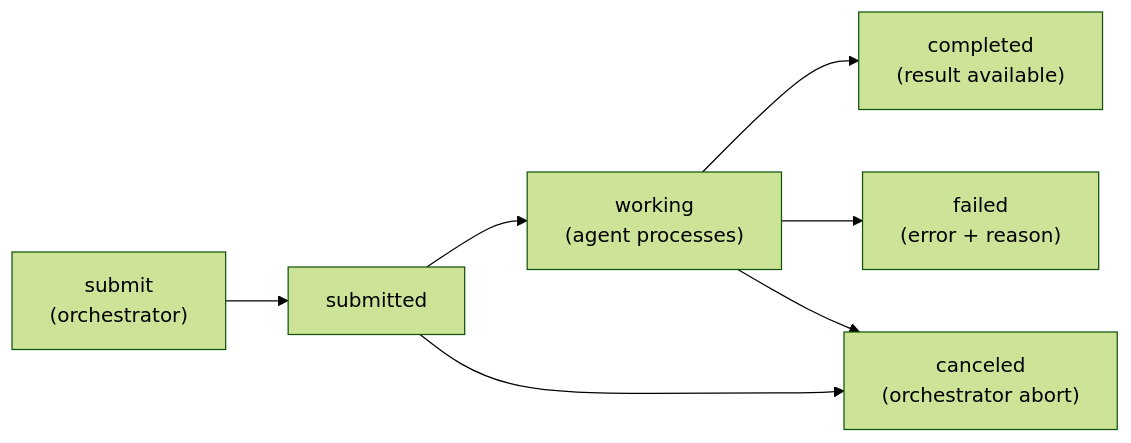
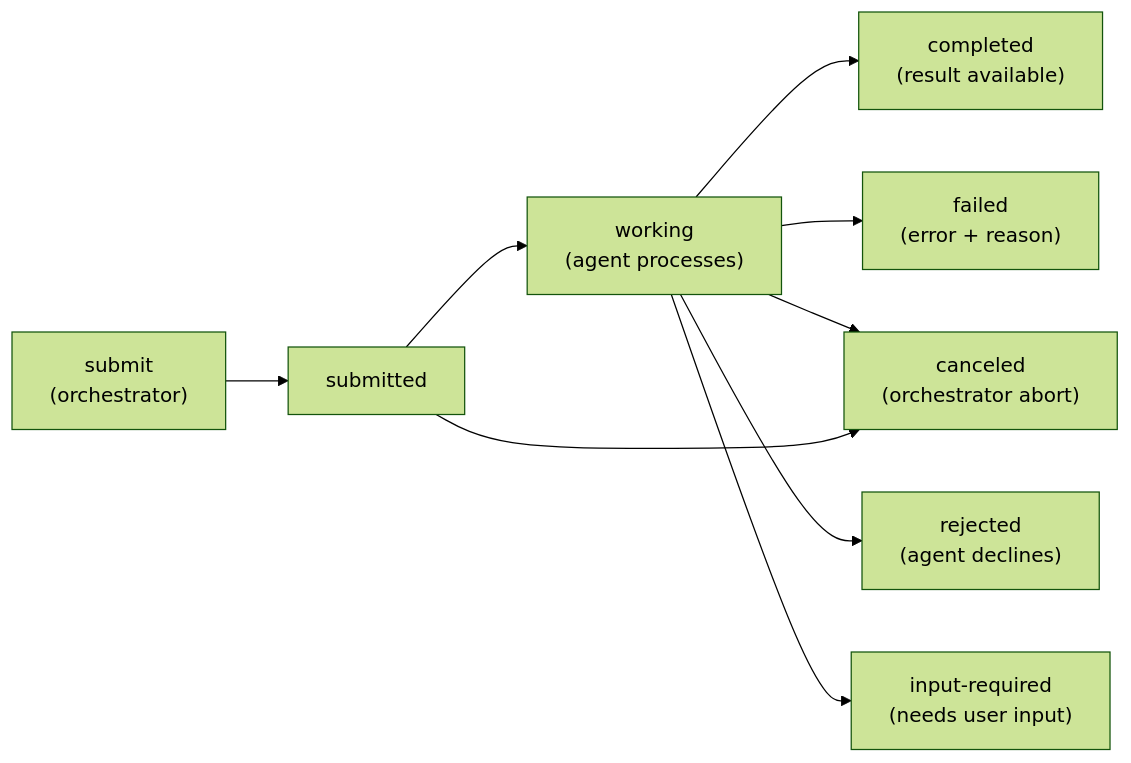
One commit to AlexanderKuzikov/AI-Architect-Course changed the diagram in 42-a2a-protocol/README.md. Above: the diagram before and after it, drawn with Mermaid (forest theme). The commit also changed other lines of this file and 93 other files, not shown here.

````diff
--- a/42-a2a-protocol/README.md
+++ b/42-a2a-protocol/README.md
@@ -116,9 +124,11 @@
 ```mermaid
 flowchart LR
     A["submit<br/>(orchestrator)"] --> B["submitted"]
     B --> C["working<br/>(agent processes)"]
     C --> D["completed<br/>(result available)"]
     C --> E["failed<br/>(error + reason)"]
     C --> F["canceled<br/>(orchestrator abort)"]
+    C --> G["rejected<br/>(agent declines)"]
+    C --> H["input-required<br/>(needs user input)"]
     B --> F
 ```
````
